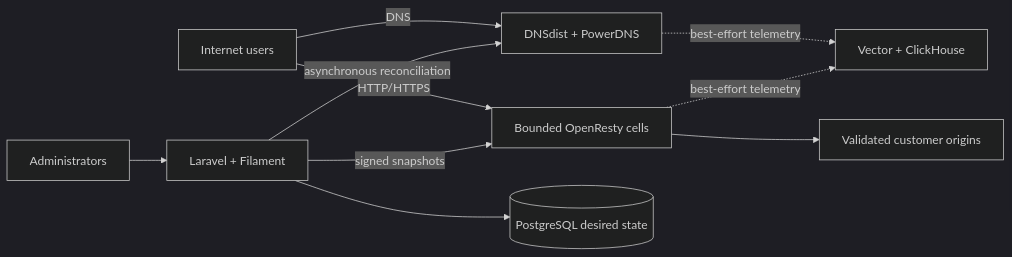
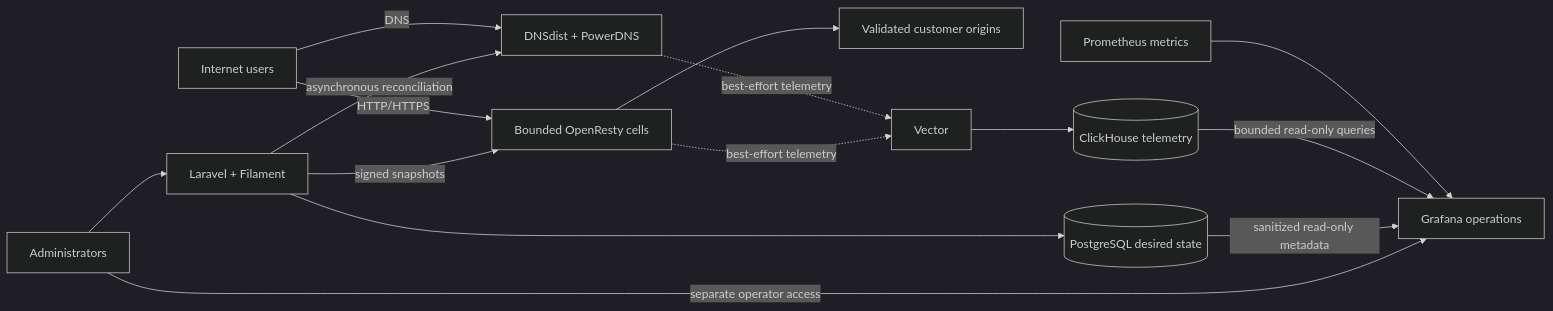
The diagram in docs/index.md (vaheed/CDNFoundry), drawn with Mermaid (dark theme) before and after one commit. The commit also changed other lines of this file and 43 other files, not shown here.

````diff
--- a/docs/index.md
+++ b/docs/index.md
@@ -44,12 +44,17 @@
 ```mermaid
 flowchart LR
     Users["Internet users"] -->|"DNS"| DNS["DNSdist + PowerDNS"]
     Users -->|"HTTP/HTTPS"| Edge["Bounded OpenResty cells"]
     Edge --> Origin["Validated customer origins"]
     Admins["Administrators"] --> Control["Laravel + Filament"]
     Control --> State[("PostgreSQL desired state")]
     Control -->|"asynchronous reconciliation"| DNS
     Control -->|"signed snapshots"| Edge
-    DNS -. "best-effort telemetry" .-> Analytics["Vector + ClickHouse"]
-    Edge -. "best-effort telemetry" .-> Analytics
+    DNS -. "best-effort telemetry" .-> Vector["Vector"]
+    Edge -. "best-effort telemetry" .-> Vector
+    Vector --> ClickHouse[("ClickHouse telemetry")]
+    Prometheus["Prometheus metrics"] --> Grafana["Grafana operations"]
+    ClickHouse -->|"bounded read-only queries"| Grafana
+    State -->|"sanitized read-only metadata"| Grafana
+    Admins -->|"separate operator access"| Grafana
 ```
````
